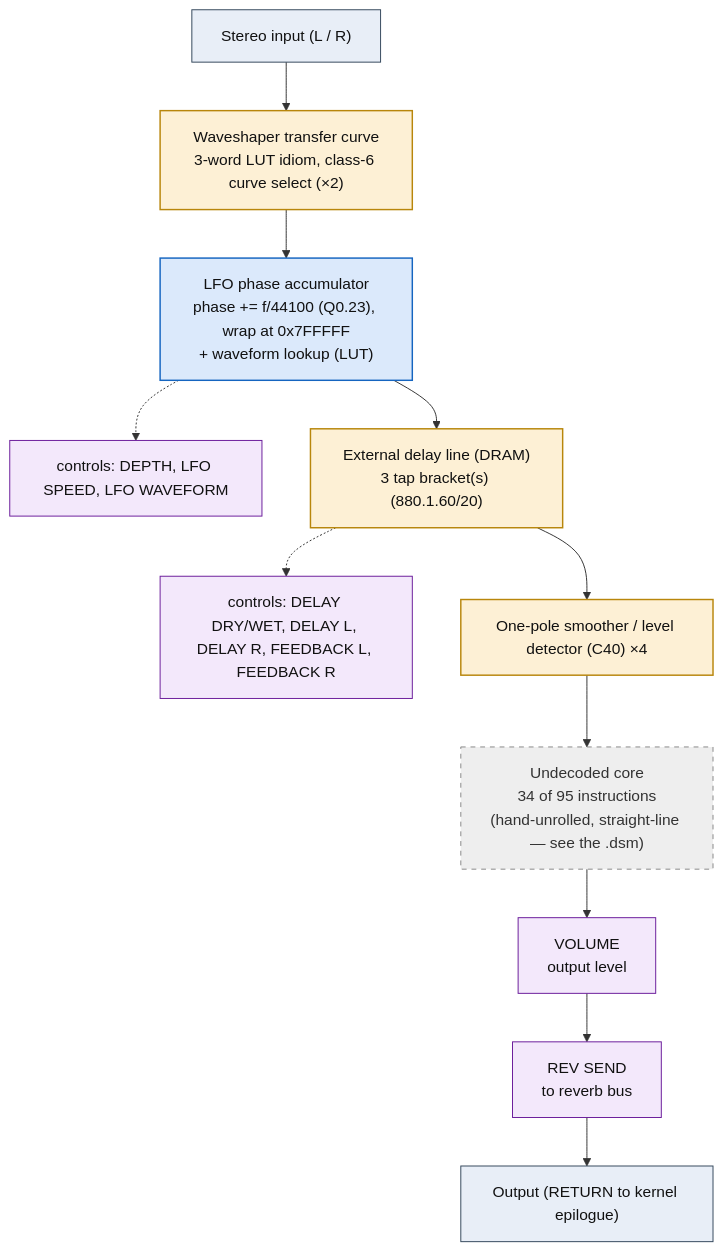
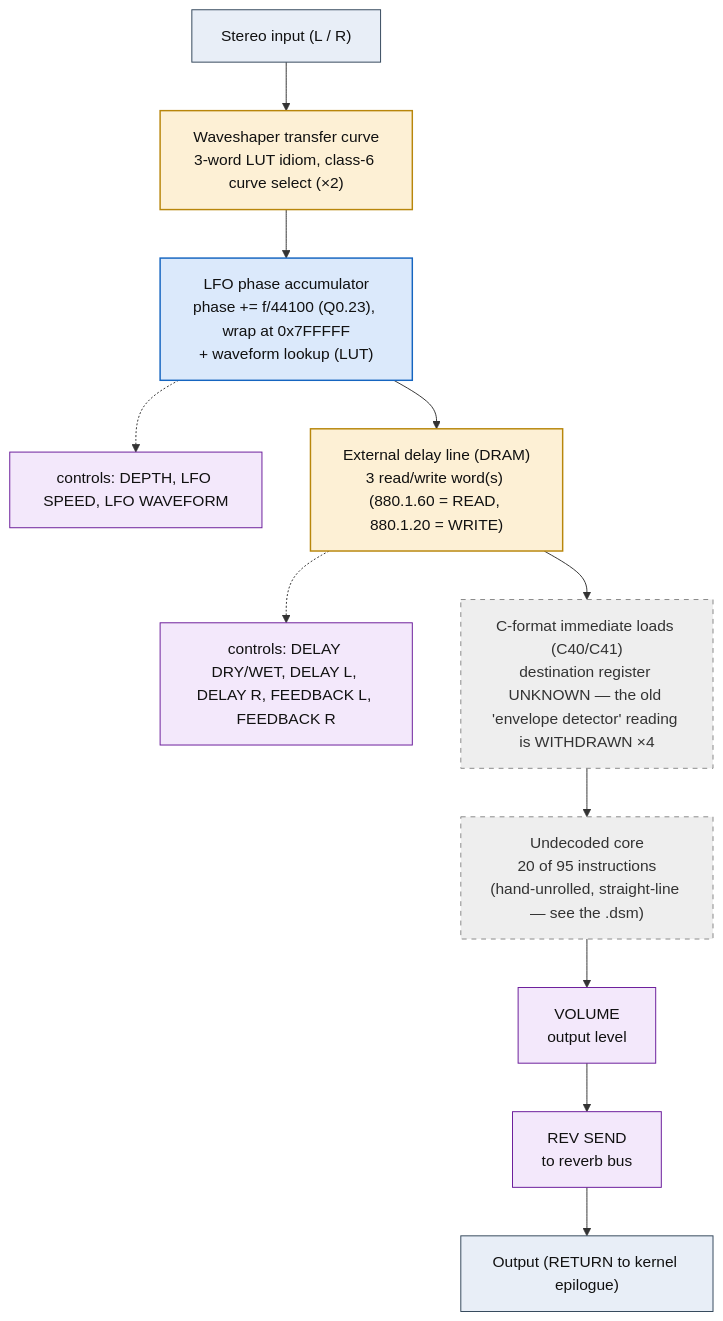
One commit to ArqueologiaDigital/KN5000-docs changed the diagram in flowcharts/prog64_s_delay_chorus.md. Above: the diagram before and after it, drawn with Mermaid. The commit also changed other lines of this file and 38 other files, not shown here.

First line of the commit message:
flowcharts: withdraw the envelope-detector reading, decode the DRAM accesses

````diff
--- a/flowcharts/prog64_s_delay_chorus.md
+++ b/flowcharts/prog64_s_delay_chorus.md
@@ -19,36 +19,36 @@
 ```mermaid
 flowchart TD
     N0["Stereo input (L / R)"]
     N1["Waveshaper transfer curve<br/>3-word LUT idiom, class-6 curve select (&times;2)"]
     N0 --> N1
     N2["LFO phase accumulator<br/>phase += f/44100 (Q0.23), wrap at 0x7FFFFF<br/>+ waveform lookup (LUT)"]
     N1 --> N2
     N3["controls: DEPTH, LFO SPEED, LFO WAVEFORM"]
     N2 -.-> N3
-    N4["External delay line (DRAM)<br/>3 tap bracket(s) (880.1.60/20)"]
+    N4["External delay line (DRAM)<br/>3 read/write word(s) (880.1.60 = READ, 880.1.20 = WRITE)"]
     N2 --> N4
     N5["controls: DELAY DRY/WET, DELAY L, DELAY R, FEEDBACK L, FEEDBACK R"]
     N4 -.-> N5
-    N6["One-pole smoother / level detector (C40) &times;4"]
+    N6["C-format immediate loads (C40/C41)<br/>destination register UNKNOWN &mdash; the old 'envelope detector' reading is WITHDRAWN &times;4"]
     N4 --> N6
-    N7["Undecoded core<br/>34 of 95 instructions<br/>(hand-unrolled, straight-line &mdash; see the .dsm)"]
+    N7["Undecoded core<br/>20 of 95 instructions<br/>(hand-unrolled, straight-line &mdash; see the .dsm)"]
     N6 --> N7
     N8["VOLUME<br/>output level"]
     N7 --> N8
     N9["REV SEND<br/>to reverb bus"]
     N8 --> N9
     N10["Output (RETURN to kernel epilogue)"]
     N9 --> N10
 
     classDef io fill:#e8eef7,stroke:#33475b,stroke-width:1px,color:#111;
     classDef proven fill:#d7f0d7,stroke:#2e7d32,stroke-width:2px,color:#111;
     classDef measured fill:#dbe9fb,stroke:#1565c0,stroke-width:1.5px,color:#111;
     classDef inferred fill:#fdf0d5,stroke:#b8860b,stroke-width:1.5px,color:#111;
     classDef open fill:#eeeeee,stroke:#888,stroke-width:1px,color:#333,stroke-dasharray:5 5;
     classDef ctrl fill:#f3e8fb,stroke:#6a1b9a,stroke-width:1px,color:#111;
     class N0,N10 io;
-    class N1,N4,N6 inferred;
+    class N1,N4 inferred;
     class N2 measured;
     class N3,N5,N8,N9 ctrl;
-    class N7 open;
+    class N6,N7 open;
 ```
````
